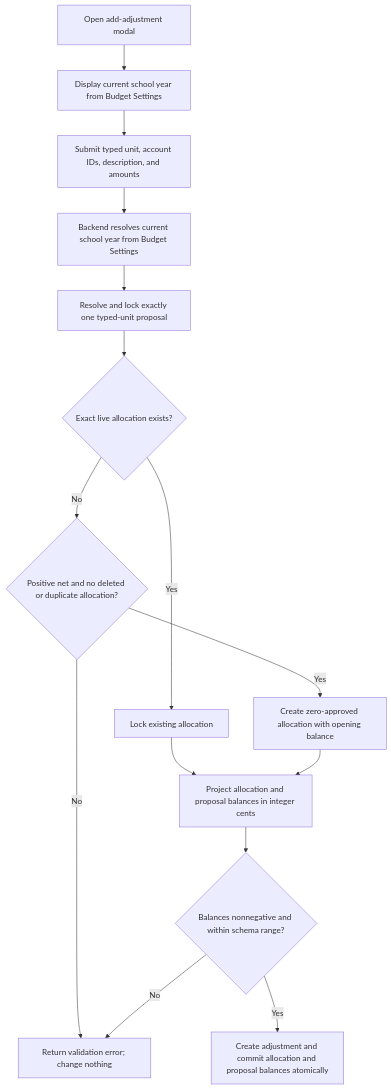
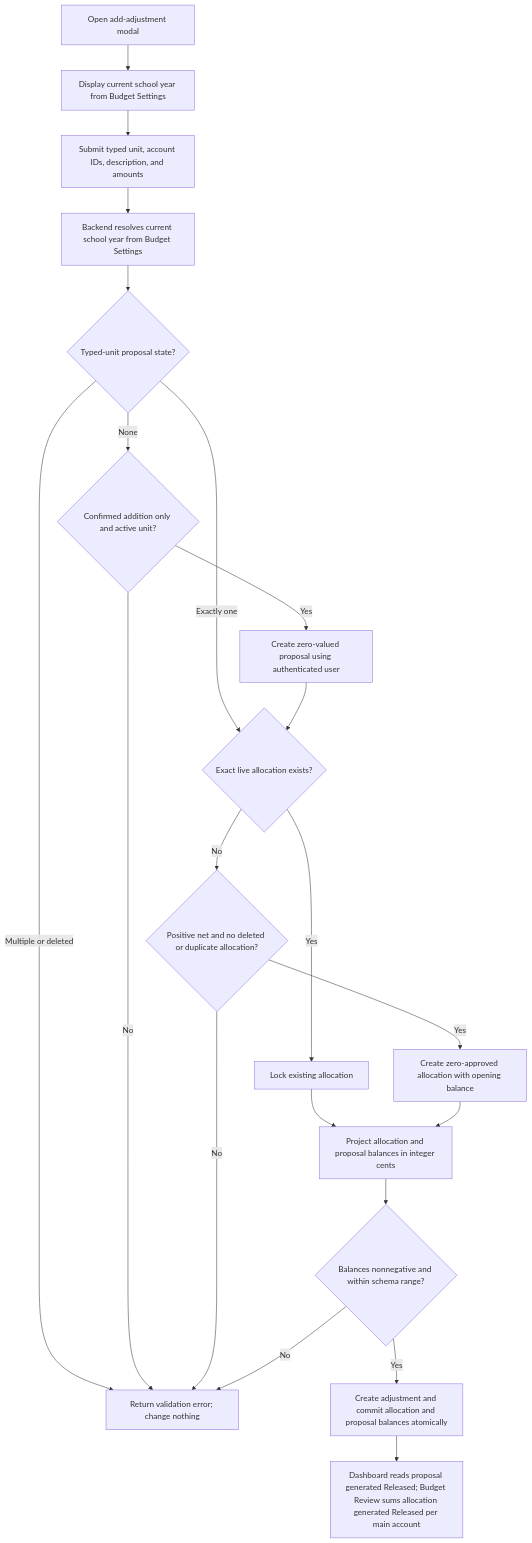
Before and after one commit to AdamsonUniversity-ITC/adulivev6-monorepo: the fourth of 47 diagrams in docs/abms/flowcharts.md, drawn with Mermaid. The commit also changed 19 other files, not shown here.

````diff
--- a/docs/abms/flowcharts.md
+++ b/docs/abms/flowcharts.md
@@ -56,17 +56,23 @@
 ```mermaid
 flowchart TD
     A[Open add-adjustment modal] --> B[Display current school year from Budget Settings]
     B --> C[Submit typed unit, account IDs, description, and amounts]
     C --> D[Backend resolves current school year from Budget Settings]
-    D --> E[Resolve and lock exactly one typed-unit proposal]
-    E --> F{Exact live allocation exists?}
+    D --> E{Typed-unit proposal state?}
+    E -- Multiple or deleted --> X[Return validation error; change nothing]
+    E -- None --> EA{Confirmed addition only and active unit?}
+    EA -- No --> X
+    EA -- Yes --> EB[Create zero-valued proposal using authenticated user]
+    E -- Exactly one --> F{Exact live allocation exists?}
+    EB --> F
     F -- Yes --> G[Lock existing allocation]
     F -- No --> H{Positive net and no deleted or duplicate allocation?}
     H -- No --> X[Return validation error; change nothing]
     H -- Yes --> I[Create zero-approved allocation with opening balance]
     G --> J[Project allocation and proposal balances in integer cents]
     I --> J
     J --> K{Balances nonnegative and within schema range?}
     K -- No --> X
     K -- Yes --> L[Create adjustment and commit allocation and proposal balances atomically]
+    L --> M[Dashboard reads proposal generated Released; Budget Review sums allocation generated Released per main account]
 ```
````
